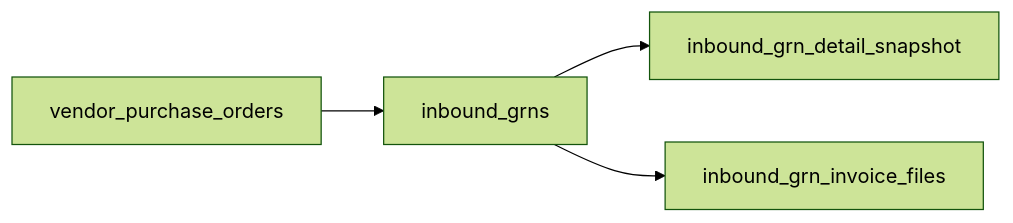
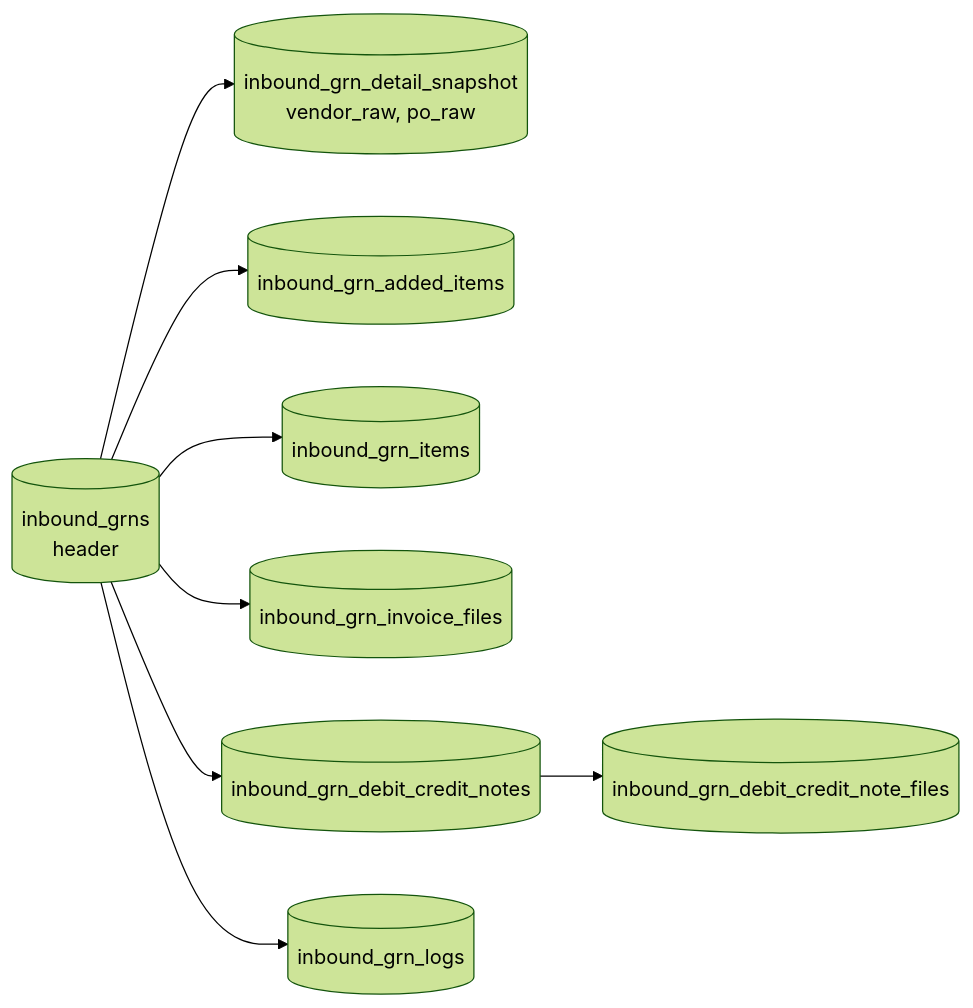
Diagram 12 of 17 in docs/current-system/workflows.md (mohittambi/zap), drawn with Mermaid (forest theme) before and after one commit. The commit also changed other lines of this file and 44 other files, not shown here.

Commit message:
grn flow updated

````diff
--- a/docs/current-system/workflows.md
+++ b/docs/current-system/workflows.md
@@ -36,10 +241,18 @@
 ```mermaid
 flowchart LR
-  VPO[vendor_purchase_orders]
-  GRN[inbound_grns]
-  SNAP[inbound_grn_detail_snapshot]
-  FILES[inbound_grn_invoice_files]
-  VPO --> GRN
+  GRN[(inbound_grns<br/>header)]
+  SNAP[(inbound_grn_detail_snapshot<br/>vendor_raw, po_raw)]
+  ADD[(inbound_grn_added_items)]
+  ITM[(inbound_grn_items)]
+  INV[(inbound_grn_invoice_files)]
+  DCN[(inbound_grn_debit_credit_notes)]
+  DCNF[(inbound_grn_debit_credit_note_files)]
+  LOG[(inbound_grn_logs)]
   GRN --> SNAP
-  GRN --> FILES
+  GRN --> ADD
+  GRN --> ITM
+  GRN --> INV
+  GRN --> DCN
+  DCN --> DCNF
+  GRN --> LOG
 ```
````
